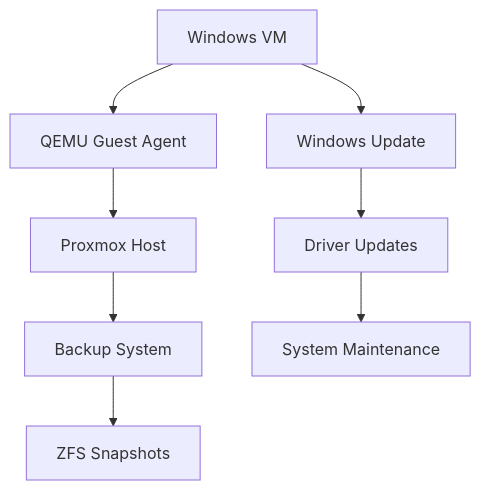
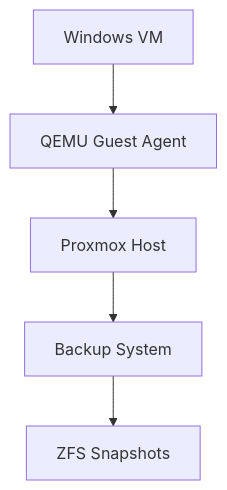
The third of 5 diagrams in docs/guides/windows-on-proxmox.md (Hydepwns/nix-mox), drawn with Mermaid before and after one commit. The commit also changed other lines of this file and 145 other files, not shown here.

````diff
--- a/docs/guides/windows-on-proxmox.md
+++ b/docs/guides/windows-on-proxmox.md
@@ -80,11 +65,7 @@
 ```mermaid
 flowchart TD
     A[Windows VM] --> B[QEMU Guest Agent]
     B --> C[Proxmox Host]
     C --> D[Backup System]
     D --> E[ZFS Snapshots]
-    
-    A --> F[Windows Update]
-    F --> G[Driver Updates]
-    G --> H[System Maintenance]
 ```
````
